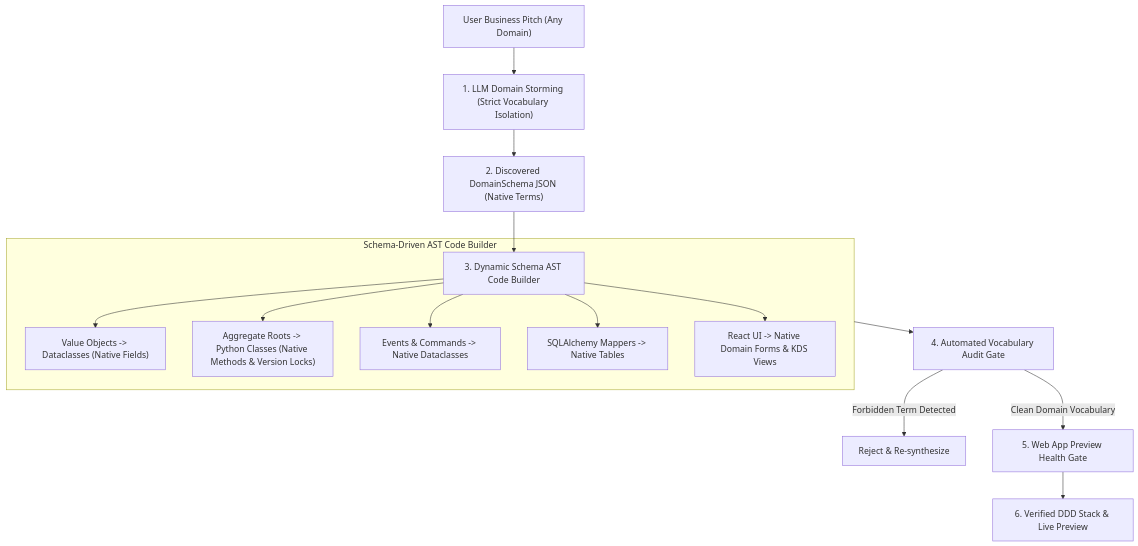
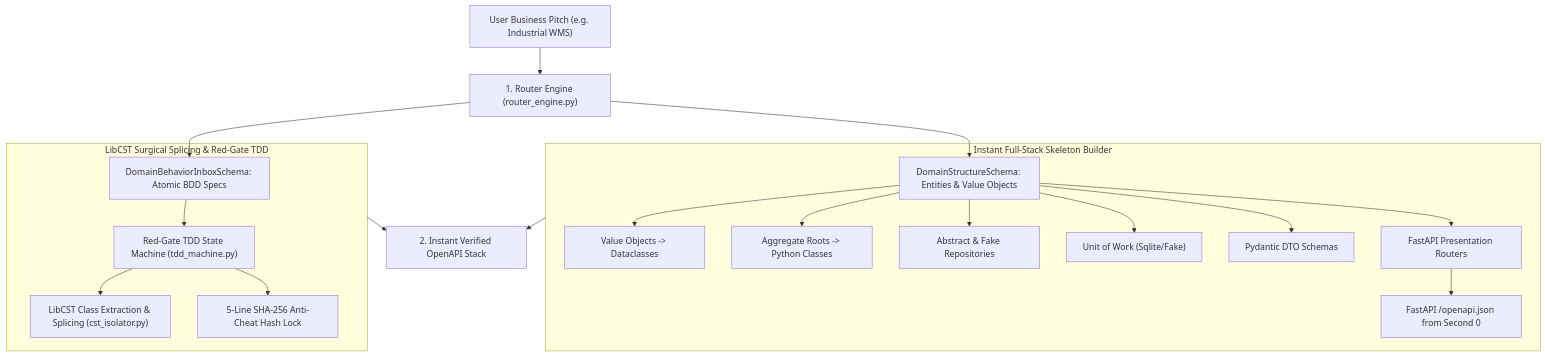
Before and after one commit to AlbinAhlstrom/provable: the diagram in vault/01-Architecture/Universal-Dynamic-Domain-AST-Generator.md, drawn with Mermaid. The commit also changed other lines of this file and 17 other files, not shown here.

Commit message:
docs: complete massive documentation and architectural synchronization pass across vault and project

````diff
--- a/vault/01-Architecture/Universal-Dynamic-Domain-AST-Generator.md
+++ b/vault/01-Architecture/Universal-Dynamic-Domain-AST-Generator.md
@@ -5,19 +5,25 @@
 ```mermaid
 graph TD
-    Pitch["User Business Pitch (Any Domain)"] --> Prompt["1. LLM Domain Storming (Strict Vocabulary Isolation)"]
-    Prompt --> Schema["2. Discovered DomainSchema JSON (Native Terms)"]
-    Schema --> ASTBuilder["3. Dynamic Schema AST Code Builder"]
+    Pitch["User Business Pitch (e.g. Industrial WMS)"] --> Router["1. Router Engine (router_engine.py)"]
+    Router --> Struct["DomainStructureSchema: Entities & Value Objects"]
+    Router --> Inbox["DomainBehaviorInboxSchema: Atomic BDD Specs"]
     
-    subgraph AST_BUILDER ["Schema-Driven AST Code Builder"]
-        ASTBuilder --> VO["Value Objects -> Dataclasses (Native Fields)"]
-        ASTBuilder --> AGG["Aggregate Roots -> Python Classes (Native Methods & Version Locks)"]
-        ASTBuilder --> EVT["Events & Commands -> Native Dataclasses"]
-        ASTBuilder --> ORM["SQLAlchemy Mappers -> Native Tables"]
-        ASTBuilder --> UI["React UI -> Native Domain Forms & KDS Views"]
+    subgraph SKELETON_BUILDER ["Instant Full-Stack Skeleton Builder"]
+        Struct --> VO["Value Objects -> Dataclasses"]
+        Struct --> AGG["Aggregate Roots -> Python Classes"]
+        Struct --> REPO["Abstract & Fake Repositories"]
+        Struct --> UOW["Unit of Work (Sqlite/Fake)"]
+        Struct --> DTO["Pydantic DTO Schemas"]
+        Struct --> ROUTERS["FastAPI Presentation Routers"]
+        ROUTERS --> OPENAPI["FastAPI /openapi.json from Second 0"]
     end
 
-    AST_BUILDER --> Audit["4. Automated Vocabulary Audit Gate"]
-    Audit -- "Forbidden Term Detected" --> Reject["Reject & Re-synthesize"]
-    Audit -- "Clean Domain Vocabulary" --> HealthGate["5. Web App Preview Health Gate"]
-    HealthGate --> Stack["6. Verified DDD Stack & Live Preview"]
+    subgraph TDD_LIBCST ["LibCST Surgical Splicing & Red-Gate TDD"]
+        Inbox --> TDD["Red-Gate TDD State Machine (tdd_machine.py)"]
+        TDD --> CST["LibCST Class Extraction & Splicing (cst_isolator.py)"]
+        TDD --> HashLock["5-Line SHA-256 Anti-Cheat Hash Lock"]
+    end
+
+    SKELETON_BUILDER --> Verified["2. Instant Verified OpenAPI Stack"]
+    TDD_LIBCST --> Verified
 ```
````
